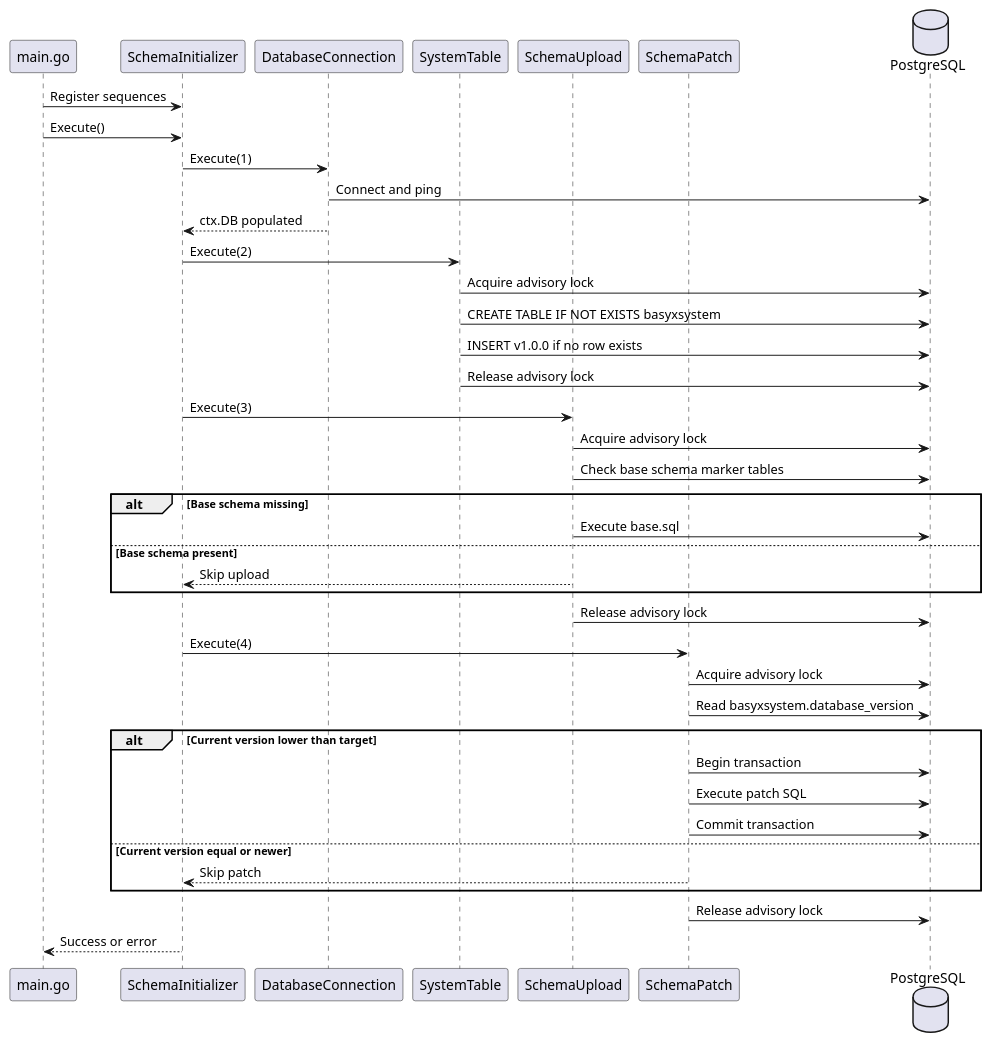
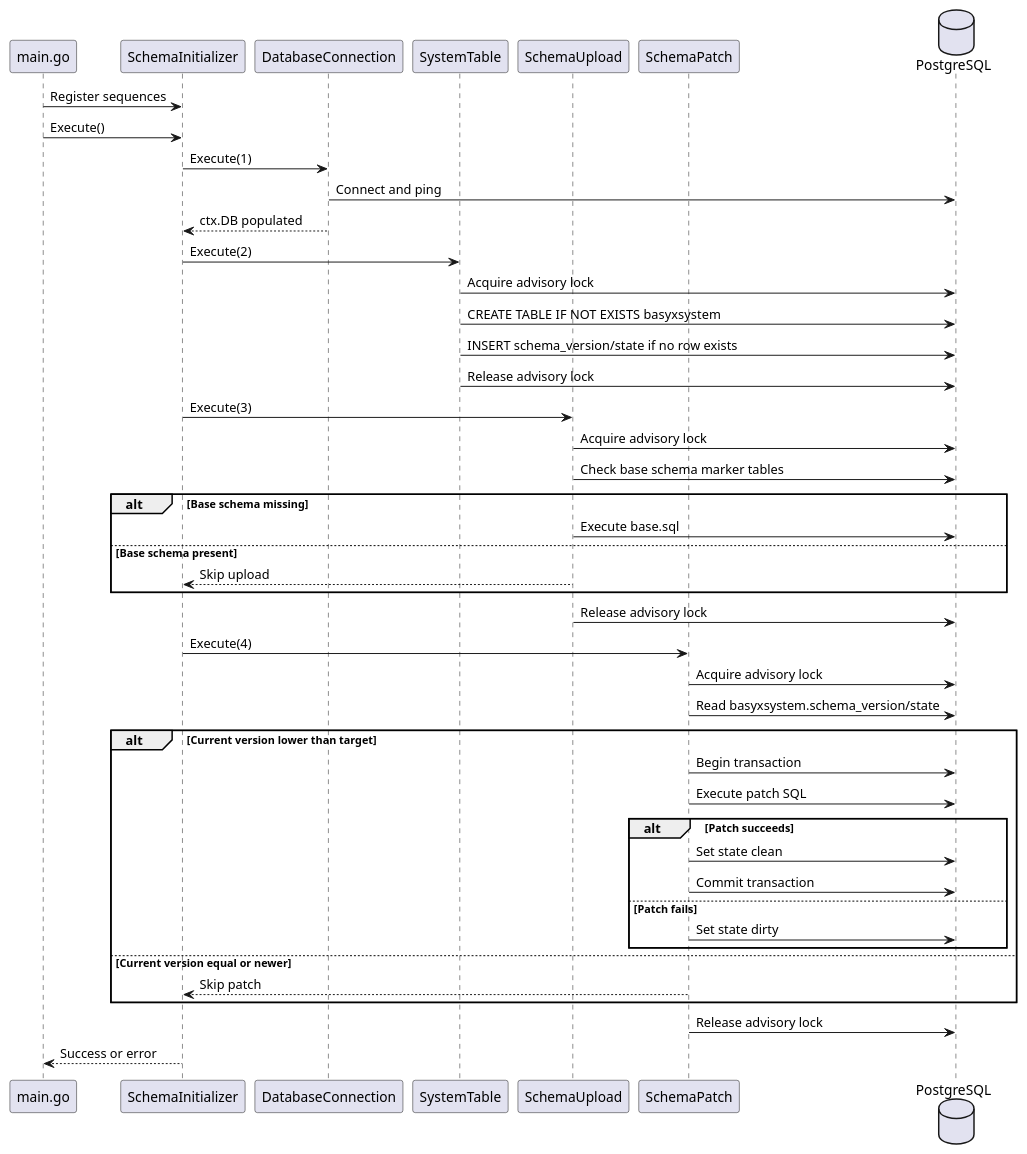
The diagram in docs/source/content/developer_documentation/basyx_go/configuration_service/charts/flow_diag.puml (eclipse-basyx/basyx-wiki), drawn with PlantUML before and after one commit. The commit also changed 10 other files, not shown here.

```diff
--- a/docs/source/content/developer_documentation/basyx_go/configuration_service/charts/flow_diag.puml
+++ b/docs/source/content/developer_documentation/basyx_go/configuration_service/charts/flow_diag.puml
@@ -1,52 +1,57 @@
 @startuml
 
 participant "main.go" as Main
 participant "SchemaInitializer" as Init
 participant "DatabaseConnection" as DB
 participant "SystemTable" as System
 participant "SchemaUpload" as Upload
 participant "SchemaPatch" as Patch
 database "PostgreSQL" as PG
 
 Main -> Init: Register sequences
 Main -> Init: Execute()
 
 Init -> DB: Execute(1)
 DB -> PG: Connect and ping
 DB --> Init: ctx.DB populated
 
 Init -> System: Execute(2)
 System -> PG: Acquire advisory lock
 System -> PG: CREATE TABLE IF NOT EXISTS basyxsystem
-System -> PG: INSERT v1.0.0 if no row exists
+System -> PG: INSERT schema_version/state if no row exists
 System -> PG: Release advisory lock
 
 Init -> Upload: Execute(3)
 Upload -> PG: Acquire advisory lock
 Upload -> PG: Check base schema marker tables
 
 alt Base schema missing
     Upload -> PG: Execute base.sql
 else Base schema present
     Upload --> Init: Skip upload
 end
 
 Upload -> PG: Release advisory lock
 
 Init -> Patch: Execute(4)
 Patch -> PG: Acquire advisory lock
-Patch -> PG: Read basyxsystem.database_version
+Patch -> PG: Read basyxsystem.schema_version/state
 
 alt Current version lower than target
     Patch -> PG: Begin transaction
     Patch -> PG: Execute patch SQL
-    Patch -> PG: Commit transaction
+    alt Patch succeeds
+        Patch -> PG: Set state clean
+        Patch -> PG: Commit transaction
+    else Patch fails
+        Patch -> PG: Set state dirty
+    end
 else Current version equal or newer
     Patch --> Init: Skip patch
 end
 
 Patch -> PG: Release advisory lock
 
 Init --> Main: Success or error
 
 @enduml
```
